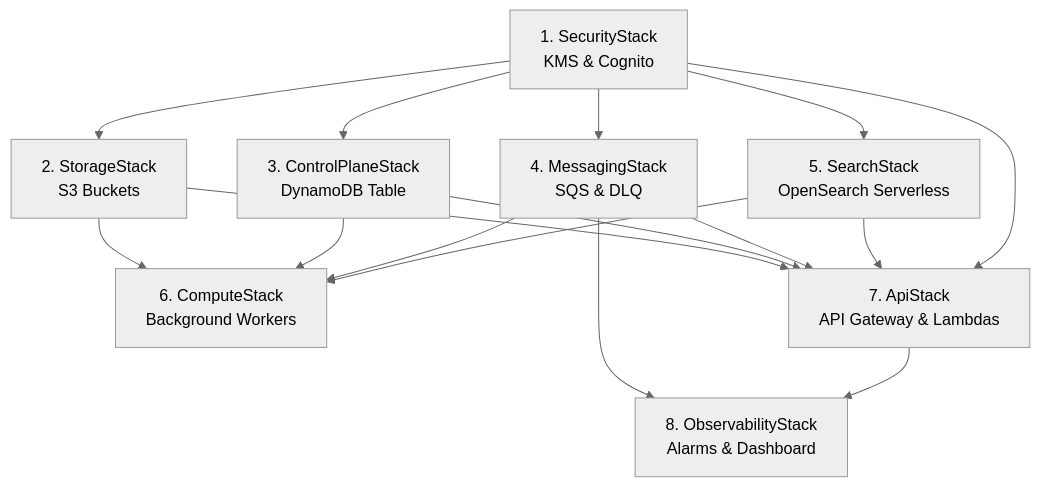
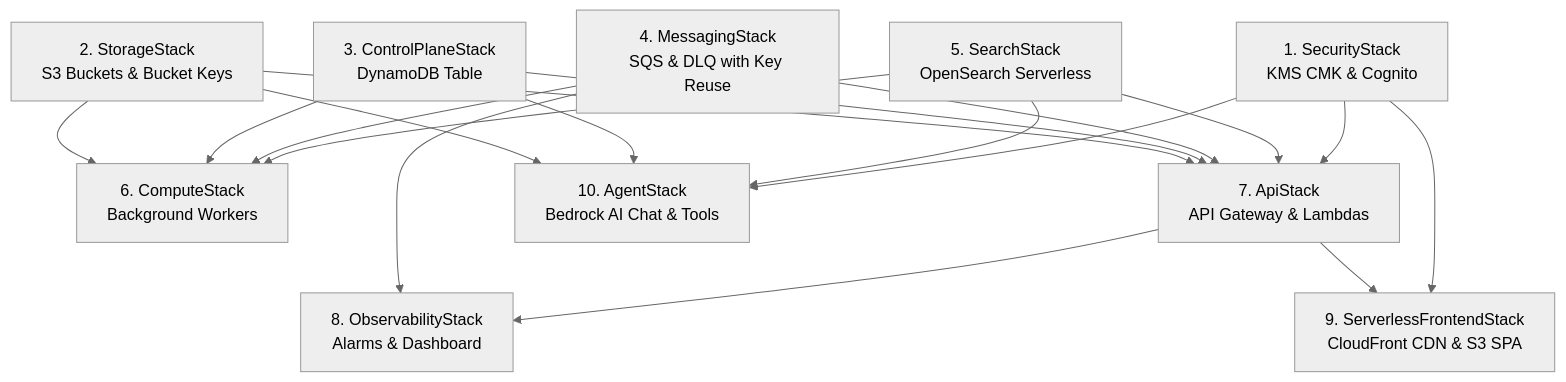
One commit to peydan/aws-doc-management-system changed diagram 24 of 24 in SOLUTION_ARCHITECTURE_SPECIFICATION.md. Above: the diagram before and after it, drawn with Mermaid (neutral theme). The commit also changed other lines of this file and 38 other files, not shown here.

Commit message:
feat(security): migrate CDK infrastructure to AWS-managed and default encryption keys

````diff
--- a/SOLUTION_ARCHITECTURE_SPECIFICATION.md
+++ b/SOLUTION_ARCHITECTURE_SPECIFICATION.md
@@ -1396,21 +1600,30 @@
 ```mermaid
 graph TD
-  SecurityStack[1. SecurityStack<br/>KMS & Cognito] --> StorageStack[2. StorageStack<br/>S3 Buckets]
-  SecurityStack --> ControlPlaneStack[3. ControlPlaneStack<br/>DynamoDB Table]
-  SecurityStack --> MessagingStack[4. MessagingStack<br/>SQS & DLQ]
-  SecurityStack --> SearchStack[5. SearchStack<br/>OpenSearch Serverless]
+  SecurityStack[1. SecurityStack<br/>KMS CMK & Cognito]
+  StorageStack[2. StorageStack<br/>S3 Buckets & Bucket Keys]
+  ControlPlaneStack[3. ControlPlaneStack<br/>DynamoDB Table]
+  MessagingStack[4. MessagingStack<br/>SQS & DLQ with Key Reuse]
+  SearchStack[5. SearchStack<br/>OpenSearch Serverless]
 
   StorageStack --> ComputeStack[6. ComputeStack<br/>Background Workers]
   ControlPlaneStack --> ComputeStack
   MessagingStack --> ComputeStack
   SearchStack --> ComputeStack
 
   StorageStack --> ApiStack[7. ApiStack<br/>API Gateway & Lambdas]
   ControlPlaneStack --> ApiStack
   MessagingStack --> ApiStack
   SearchStack --> ApiStack
   SecurityStack --> ApiStack
 
   MessagingStack --> ObservabilityStack[8. ObservabilityStack<br/>Alarms & Dashboard]
   ApiStack --> ObservabilityStack
+
+  ApiStack --> FrontendStack[9. ServerlessFrontendStack<br/>CloudFront CDN & S3 SPA]
+  SecurityStack --> FrontendStack
+
+  StorageStack --> AgentStack[10. AgentStack<br/>Bedrock AI Chat & Tools]
+  ControlPlaneStack --> AgentStack
+  SearchStack --> AgentStack
+  SecurityStack --> AgentStack
 ```
````
